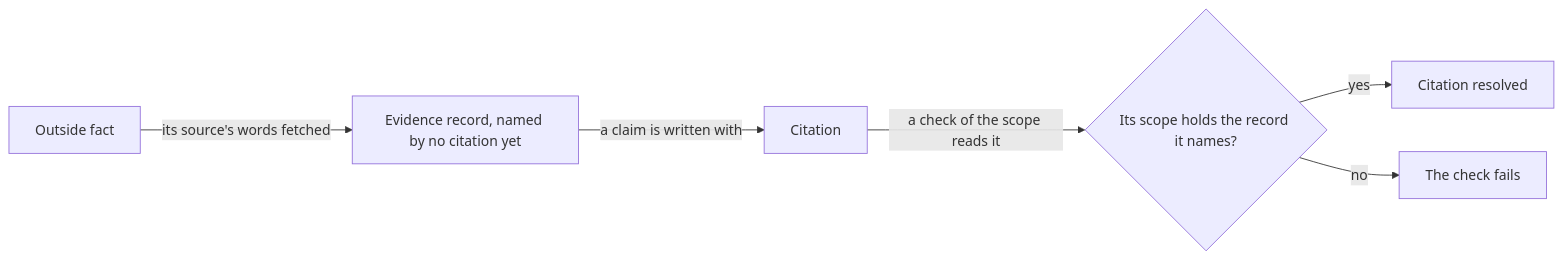
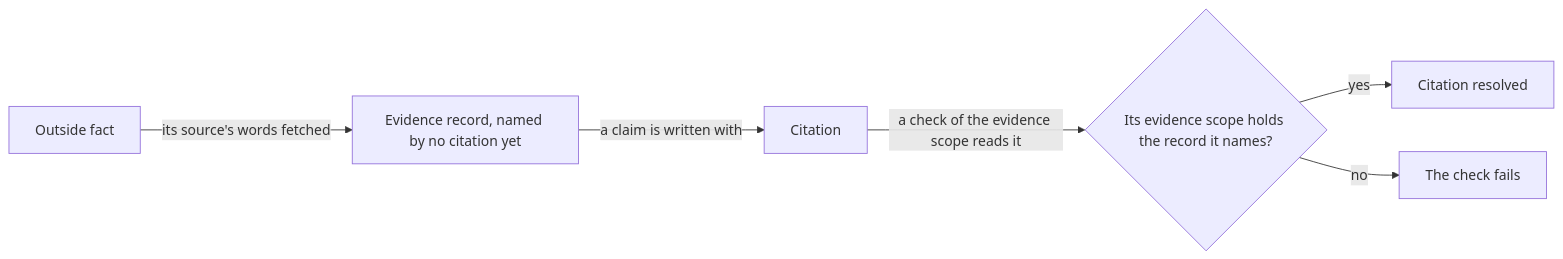
The second of 2 diagrams in tech-docs/analysis/evidence/domain-model/010-outside-facts-and-citations.md (aleskalfas/project-kit), drawn with Mermaid before and after one commit. The commit also changed other lines of this file and 7 other files, not shown here.

````diff
--- a/tech-docs/analysis/evidence/domain-model/010-outside-facts-and-citations.md
+++ b/tech-docs/analysis/evidence/domain-model/010-outside-facts-and-citations.md
@@ -50,10 +50,10 @@
 ```mermaid
 flowchart LR
   accTitle: How a claim comes to be grounded
-  accDescr: The words of the source of an outside fact are fetched into an evidence record of a scope, which no citation names yet. A claim is written with a citation of that record. A check of the scope reads each citation. A citation that names a record of its scope is resolved, and one that names none fails the check.
+  accDescr: The words of the source of an outside fact are fetched into an evidence record of an evidence scope, which no citation names yet. A claim is written with a citation of that record. A check of the scope reads each citation. A citation that names a record of its scope is resolved, and one that names none fails the check.
   F[Outside fact] -->|its source's words fetched| R[Evidence record, named by no citation yet]
   R -->|a claim is written with| C[Citation]
-  C -->|a check of the scope reads it| K{Its scope holds the record it names?}
+  C -->|a check of the evidence scope reads it| K{Its evidence scope holds the record it names?}
   K -->|yes| OK[Citation resolved]
   K -->|no| X[The check fails]
 ```
````
